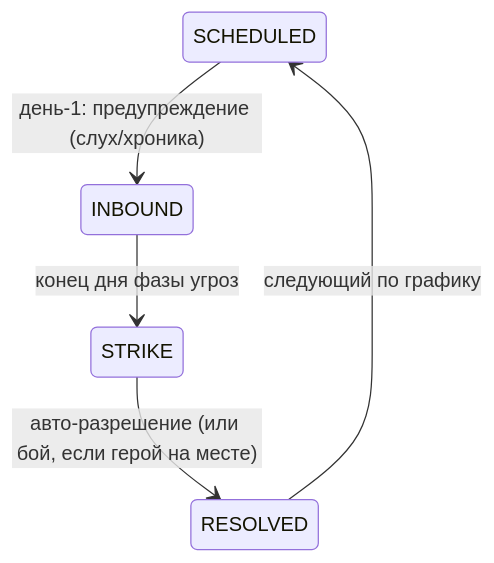
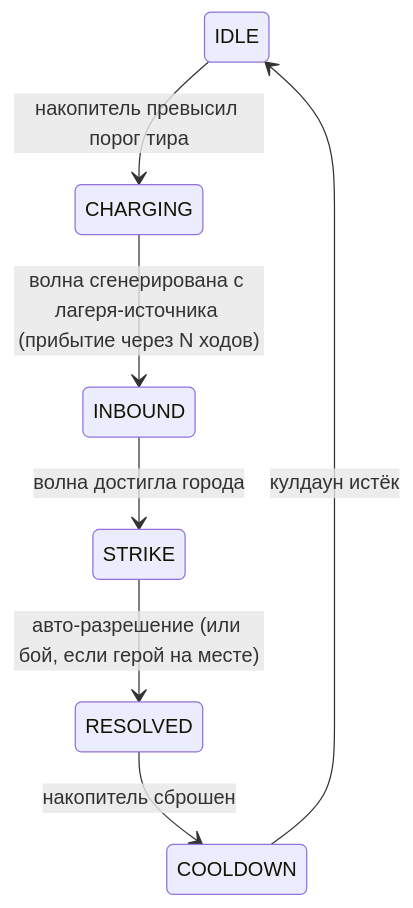
Before and after one commit to DmitriyRudenskiy/sigil-of-the-unwilling: the second of 2 diagrams in docs/02-mechanics.md, drawn with Mermaid. The commit also changed other lines of this file and 14 other files, not shown here.

````diff
--- a/docs/02-mechanics.md
+++ b/docs/02-mechanics.md
@@ -250,7 +269,9 @@
 ```mermaid
 stateDiagram-v2
-    SCHEDULED --> INBOUND: день-1: предупреждение (слух/хроника)
-    INBOUND --> STRIKE: конец дня фазы угроз
+    IDLE --> CHARGING: накопитель превысил порог тира
+    CHARGING --> INBOUND: волна сгенерирована с лагеря-источника (прибытие через N ходов)
+    INBOUND --> STRIKE: волна достигла города
     STRIKE --> RESOLVED: авто-разрешение (или бой, если герой на месте)
-    RESOLVED --> SCHEDULED: следующий по графику
+    RESOLVED --> COOLDOWN: накопитель сброшен
+    COOLDOWN --> IDLE: кулдаун истёк
 ```
````
